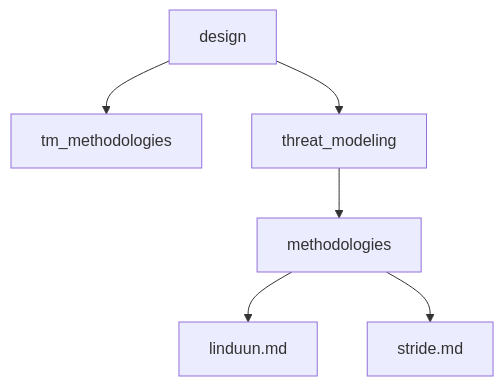
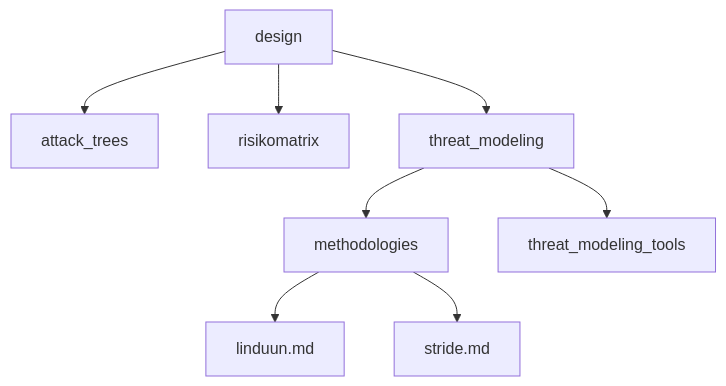
The diagram in pages/design/index.md (secureIO-GmbH/sichere-entwicklung), drawn with Mermaid before and after one commit. The commit also changed other lines of this file and 27 other files, not shown here.

```diff
--- a/pages/design/index.md
+++ b/pages/design/index.md
@@ -22,15 +12,21 @@
 <div class="mermaid">
 graph TD
-design --> tm_methodologies[tm_methodologies]
-click tm_methodologies "tm_methodologies"
+design --> attack_trees[attack_trees]
+click attack_trees "attack_trees"
+design --> risikomatrix[risikomatrix]
+click risikomatrix "risikomatrix"
 design --> threat_modeling[threat_modeling]
 click threat_modeling "threat_modeling"
 design[design]
-tm_methodologies[tm_methodologies]
+attack_trees[attack_trees]
+risikomatrix[risikomatrix]
 threat_modeling --> methodologies[methodologies]
 click methodologies "methodologies"
+threat_modeling --> threat_modeling_tools[threat_modeling_tools]
+click threat_modeling_tools "threat_modeling_tools"
 threat_modeling[threat_modeling]
 methodologies --> linduun.md[linduun.md]
 methodologies --> stride.md[stride.md]
 methodologies[methodologies]
+threat_modeling_tools[threat_modeling_tools]
 </div>
```
